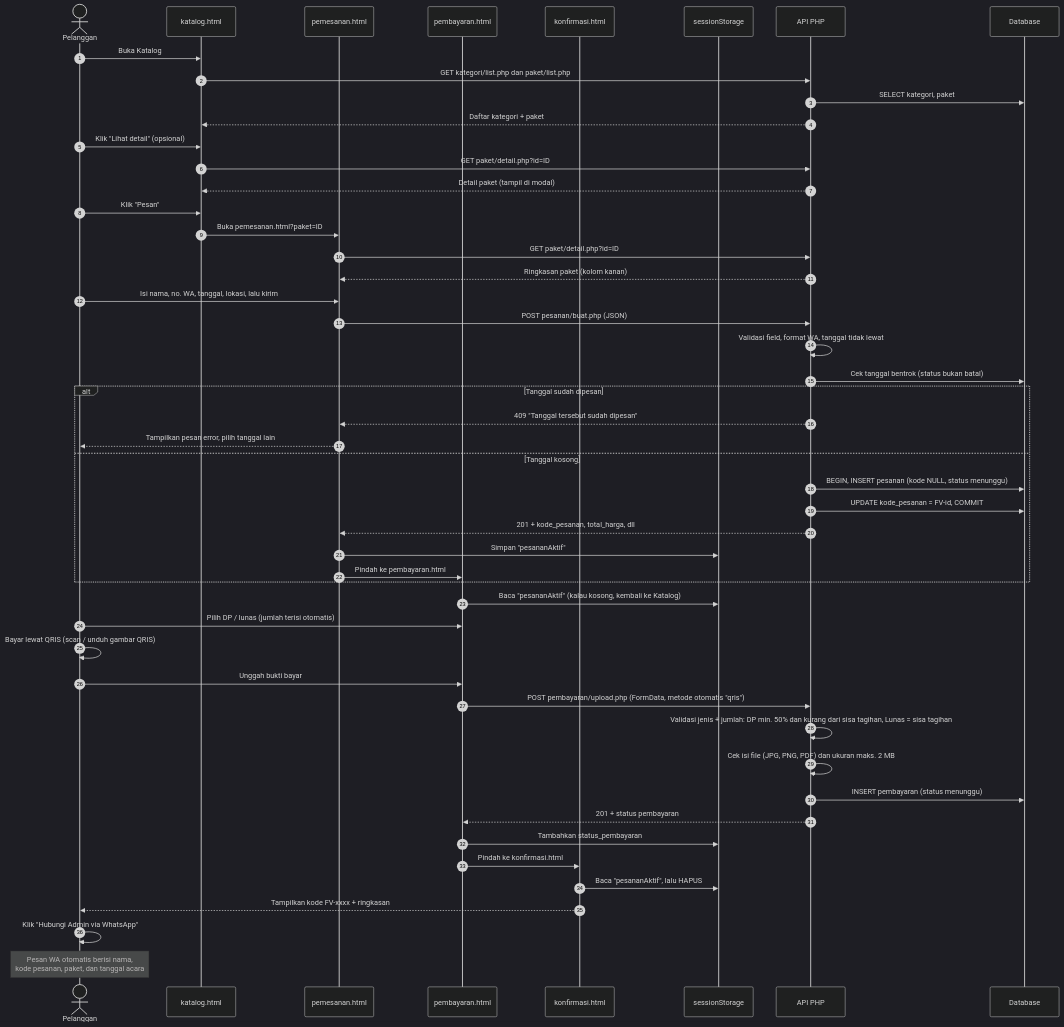
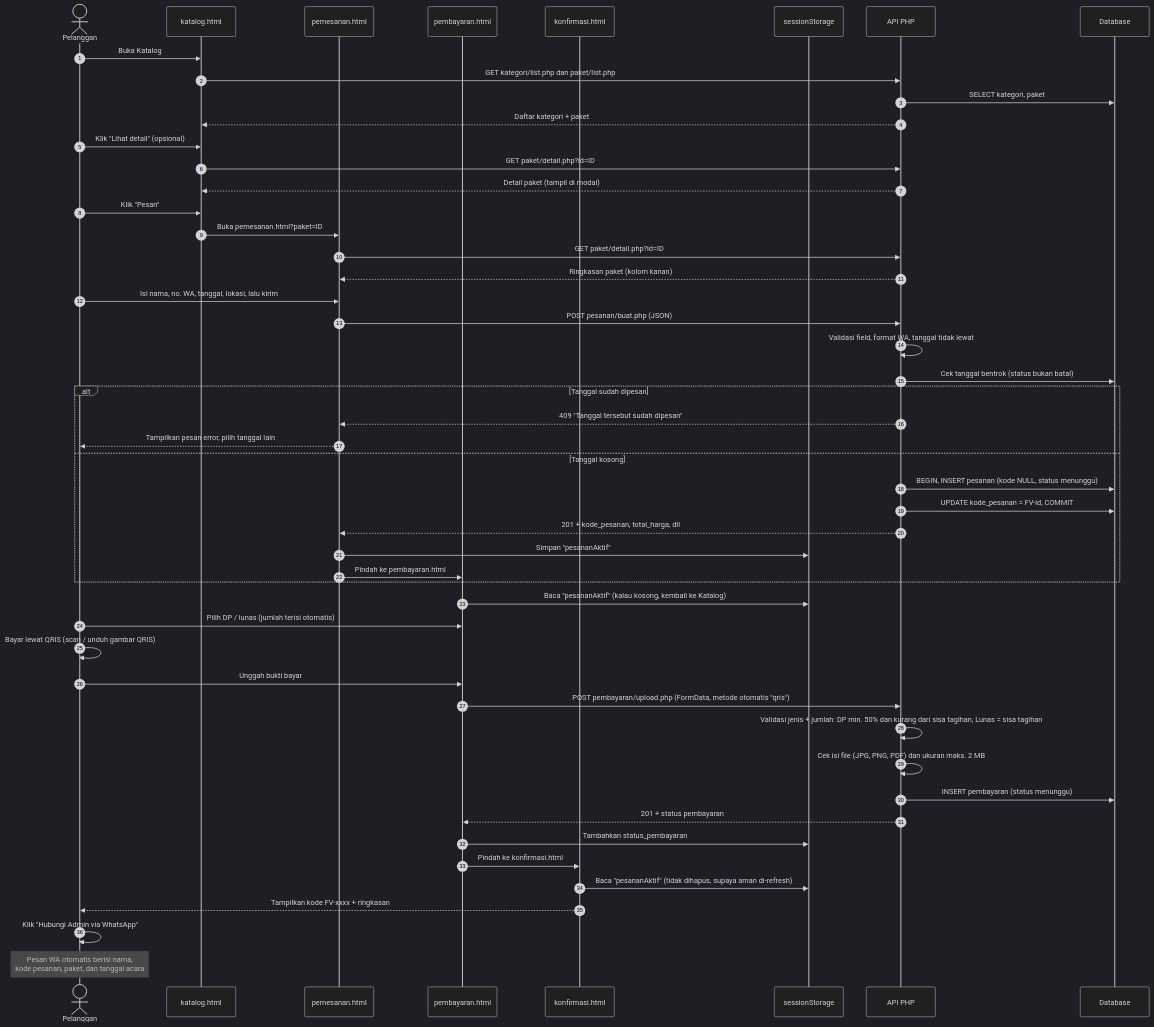
Before and after one commit to gustirizqon123-ops/Website_Jasa_PhotoVideo_SistemOperasi: the second of 5 diagrams in ALUR-SISTEM.md, drawn with Mermaid (dark theme). The commit also changed 13 other files, not shown here.

````diff
--- a/ALUR-SISTEM.md
+++ b/ALUR-SISTEM.md
@@ -63,56 +63,56 @@
 ```mermaid
 sequenceDiagram
     autonumber
     actor P as Pelanggan
     participant K as katalog.html
     participant F as pemesanan.html
     participant B as pembayaran.html
     participant C as konfirmasi.html
     participant S as sessionStorage
     participant API as API PHP
     participant DB as Database
 
     P->>K: Buka Katalog
     K->>API: GET kategori/list.php dan paket/list.php
     API->>DB: SELECT kategori, paket
     API-->>K: Daftar kategori + paket
     P->>K: Klik "Lihat detail" (opsional)
     K->>API: GET paket/detail.php?id=ID
     API-->>K: Detail paket (tampil di modal)
     P->>K: Klik "Pesan"
     K->>F: Buka pemesanan.html?paket=ID
     F->>API: GET paket/detail.php?id=ID
     API-->>F: Ringkasan paket (kolom kanan)
 
     P->>F: Isi nama, no. WA, tanggal, lokasi, lalu kirim
     F->>API: POST pesanan/buat.php (JSON)
     API->>API: Validasi field, format WA, tanggal tidak lewat
     API->>DB: Cek tanggal bentrok (status bukan batal)
     alt Tanggal sudah dipesan
         API-->>F: 409 "Tanggal tersebut sudah dipesan"
         F-->>P: Tampilkan pesan error, pilih tanggal lain
     else Tanggal kosong
         API->>DB: BEGIN, INSERT pesanan (kode NULL, status menunggu)
         API->>DB: UPDATE kode_pesanan = FV-id, COMMIT
         API-->>F: 201 + kode_pesanan, total_harga, dll
         F->>S: Simpan "pesananAktif"
         F->>B: Pindah ke pembayaran.html
     end
 
     B->>S: Baca "pesananAktif" (kalau kosong, kembali ke Katalog)
     P->>B: Pilih DP / lunas (jumlah terisi otomatis)
     P->>P: Bayar lewat QRIS (scan / unduh gambar QRIS)
     P->>B: Unggah bukti bayar
     B->>API: POST pembayaran/upload.php (FormData, metode otomatis "qris")
     API->>API: Validasi jenis + jumlah: DP min. 50% dan kurang dari sisa tagihan, Lunas = sisa tagihan
     API->>API: Cek isi file (JPG, PNG, PDF) dan ukuran maks. 2 MB
     API->>DB: INSERT pembayaran (status menunggu)
     API-->>B: 201 + status pembayaran
     B->>S: Tambahkan status_pembayaran
     B->>C: Pindah ke konfirmasi.html
 
-    C->>S: Baca "pesananAktif", lalu HAPUS
+    C->>S: Baca "pesananAktif" (tidak dihapus, supaya aman di-refresh)
     C-->>P: Tampilkan kode FV-xxxx + ringkasan
     P->>P: Klik "Hubungi Admin via WhatsApp"
     Note over P: Pesan WA otomatis berisi nama,<br/>kode pesanan, paket, dan tanggal acara
 ```
````
